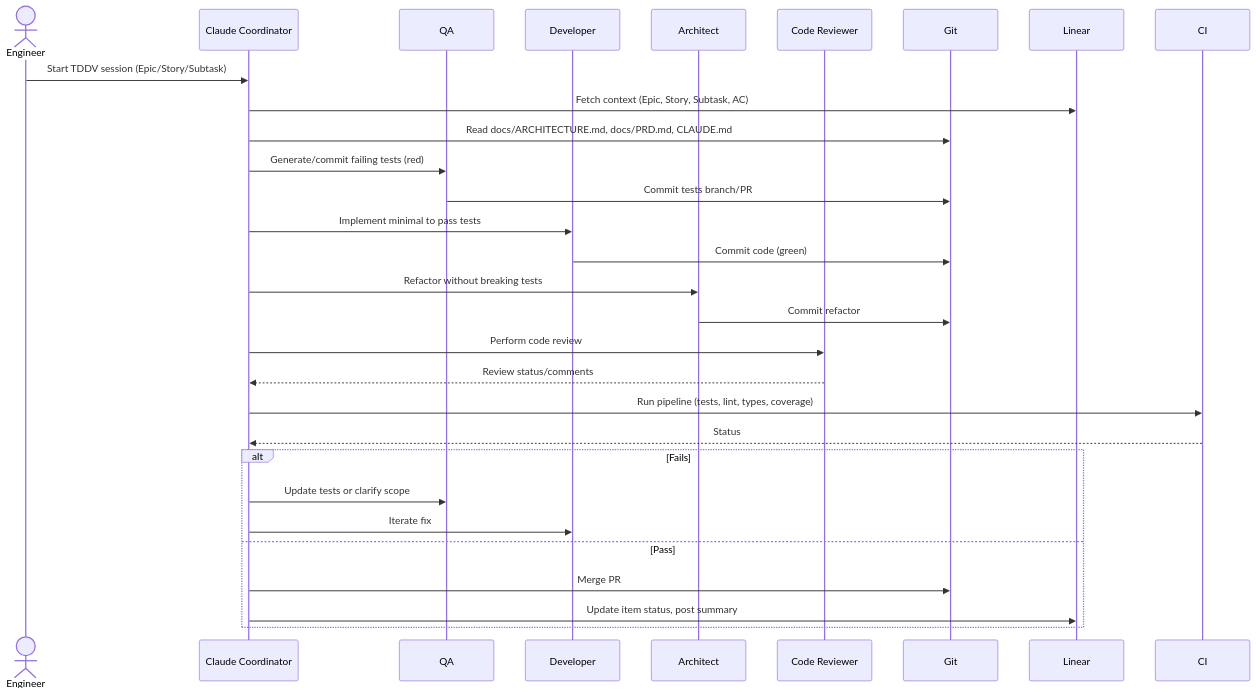
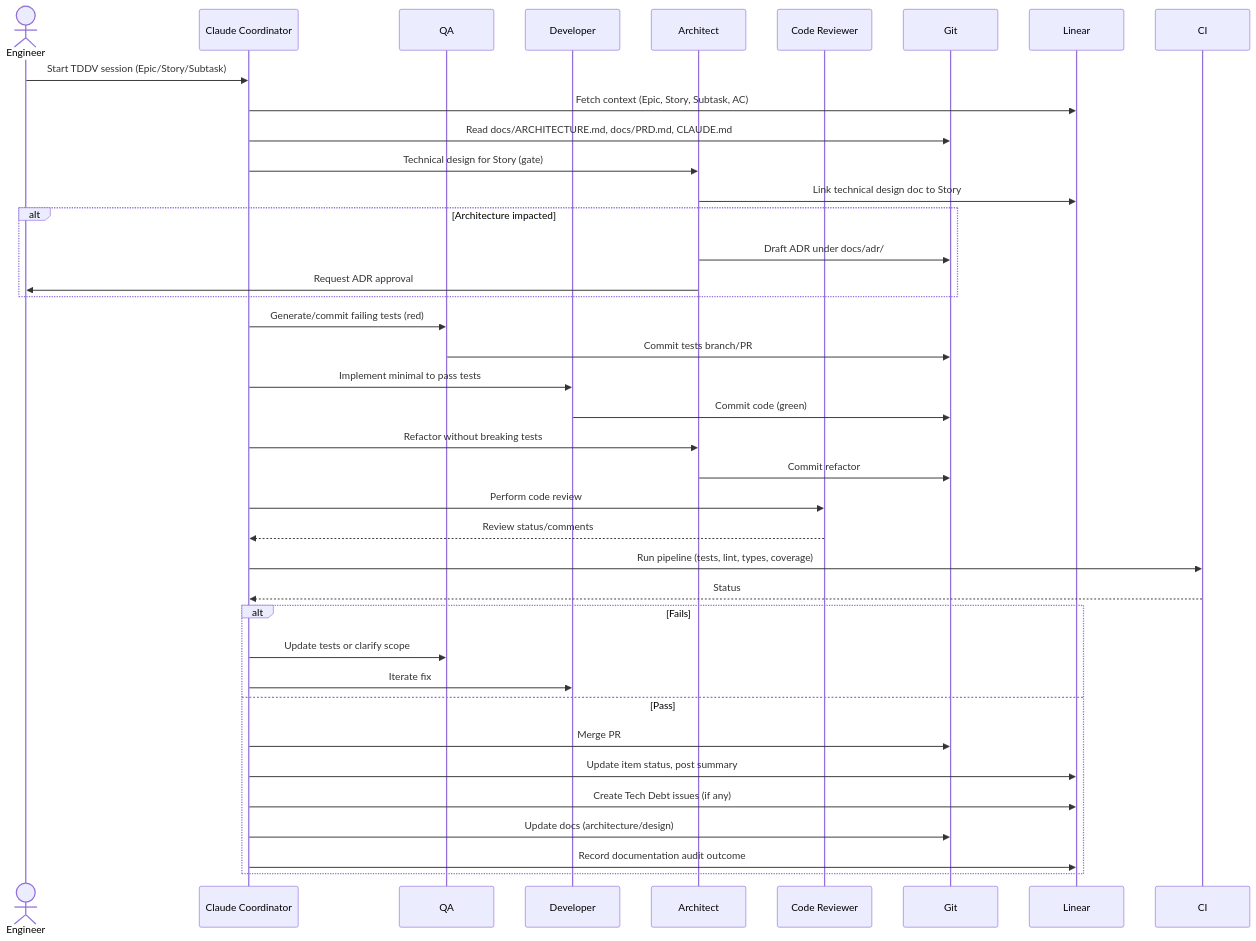
Before and after one commit to johnburbridge/johns-claude-von-repo: the diagram in ABOUT.md, drawn with Mermaid. The commit also changed other lines of this file, not shown here.

Commit message:
docs: expand ABOUT.md with system design guidelines and technical design documentation requirements

````diff
--- a/ABOUT.md
+++ b/ABOUT.md
@@ -286,33 +349,42 @@
 ```mermaid
 sequenceDiagram
     actor Engineer
     participant Coordinator as Claude Coordinator
     participant QA
     participant Dev as Developer
     participant Arch as Architect
     participant CR as Code Reviewer
     participant Git
     participant Linear
     participant CI
 
     Engineer->>Coordinator: Start TDDV session (Epic/Story/Subtask)
     Coordinator->>Linear: Fetch context (Epic, Story, Subtask, AC)
     Coordinator->>Git: Read docs/ARCHITECTURE.md, docs/PRD.md, CLAUDE.md
+    Coordinator->>Arch: Technical design for Story (gate)
+    Arch->>Linear: Link technical design doc to Story
+    alt Architecture impacted
+        Arch->>Git: Draft ADR under docs/adr/
+        Arch->>Engineer: Request ADR approval
+    end
     Coordinator->>QA: Generate/commit failing tests (red)
     QA->>Git: Commit tests branch/PR
     Coordinator->>Dev: Implement minimal to pass tests
     Dev->>Git: Commit code (green)
     Coordinator->>Arch: Refactor without breaking tests
     Arch->>Git: Commit refactor
     Coordinator->>CR: Perform code review
     CR-->>Coordinator: Review status/comments
     Coordinator->>CI: Run pipeline (tests, lint, types, coverage)
     CI-->>Coordinator: Status
     alt Fails
         Coordinator->>QA: Update tests or clarify scope
         Coordinator->>Dev: Iterate fix
     else Pass
         Coordinator->>Git: Merge PR
         Coordinator->>Linear: Update item status, post summary
+        Coordinator->>Linear: Create Tech Debt issues (if any)
+        Coordinator->>Git: Update docs (architecture/design)
+        Coordinator->>Linear: Record documentation audit outcome
     end
 ```
````
